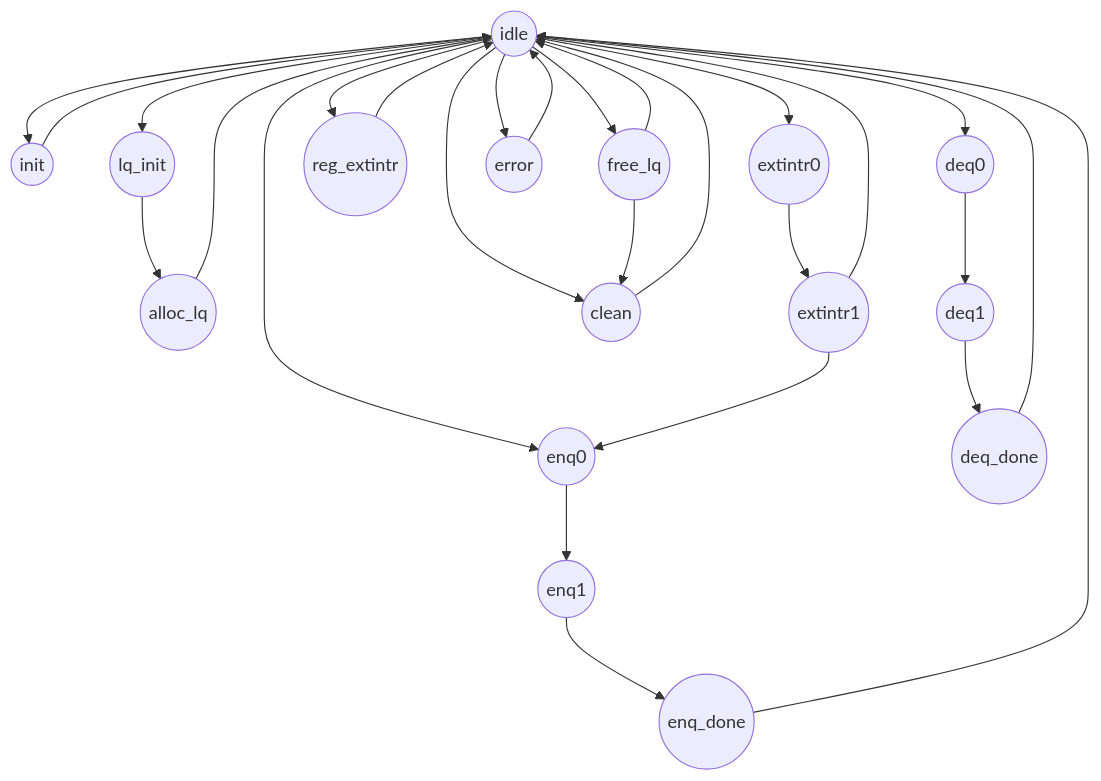
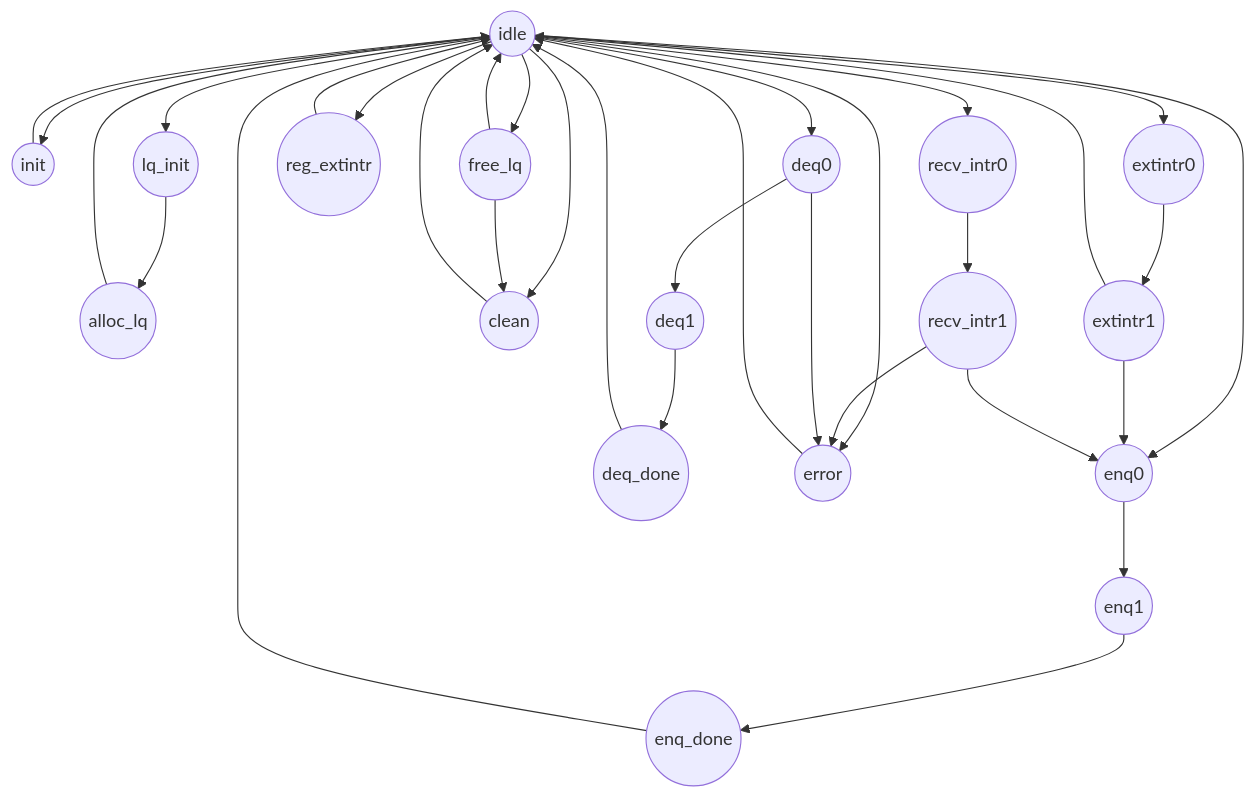
The second of 2 diagrams in docs/hd_global_queue.md (taic-repo/taic-rocket-chip), drawn with Mermaid before and after one commit. The commit also changed other lines of this file and 2 other files, not shown here.

````diff
--- a/docs/hd_global_queue.md
+++ b/docs/hd_global_queue.md
@@ -5,33 +53,38 @@
 ```mermaid
 graph TB
 0((idle))
 1((init))
 2((lq_init))
 3((alloc_lq))
 4((free_lq))
 5((enq0))
 6((enq1))
 7((enq_done))
 8((deq0))
 9((deq1))
 10((deq_done))
 11((clean))
 12((reg_extintr))
 13((extintr0))
 14((extintr1))
-15((error))
+15((recv_intr0))
+16((recv_intr1))
+17((error))
 
 0 --> 1
 1 --> 0
 0 --> 2 --> 3 --> 0
 0 --> 4 --> 0
 0 --> 5 --> 6 --> 7 --> 0
 0 --> 8 --> 9 --> 10 --> 0
-0 --> 15 --> 0
+0 --> 17 --> 0
 0 --> 12 --> 0
 0 --> 11 --> 0
 4 --> 11
 0 --> 13 --> 14 --> 0
 14 --> 5
+0 -->  15 --> 16 --> 17
+16 --> 5
+8 --> 17
 
 ```
````
